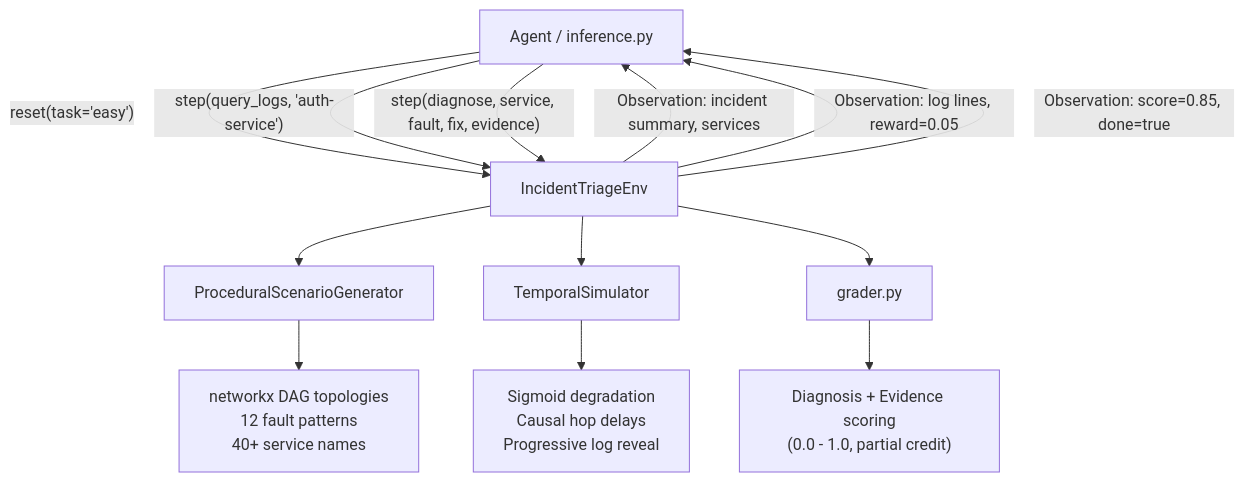
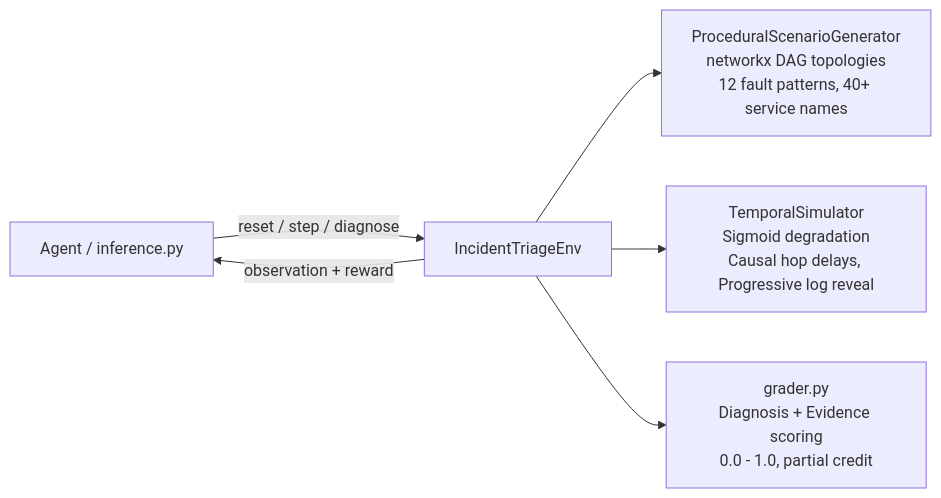
One commit to wildcraft958/incident_triage_env changed the first of 4 diagrams in README.md. Above: the diagram before and after it, drawn with Mermaid. The commit also changed other lines of this file and 1 other file, not shown here.

First line of the commit message:
Fix remaining Mermaid render failures on GitHub

````diff
--- a/README.md
+++ b/README.md
@@ -36,16 +36,8 @@
 ```mermaid
-graph TB
-    A[Agent / inference.py] -->|"reset(task='easy')"| B[IncidentTriageEnv]
-    B -->|"Observation: incident summary, services"| A
-    A -->|"step(query_logs, 'auth-service')"| B
-    B -->|"Observation: log lines, reward=0.05"| A
-    A -->|"step(diagnose, service, fault, fix, evidence)"| B
-    B -->|"Observation: score=0.85, done=true"| A
-
-    B --> C[ProceduralScenarioGenerator]
-    B --> D[TemporalSimulator]
-    B --> E[grader.py]
-    C --> F["networkx DAG topologies<br/>12 fault patterns<br/>40+ service names"]
-    D --> G["Sigmoid degradation<br/>Causal hop delays<br/>Progressive log reveal"]
-    E --> H["Diagnosis + Evidence scoring<br/>(0.0 - 1.0, partial credit)"]
+flowchart LR
+    A["Agent / inference.py"] -->|"reset / step / diagnose"| B["IncidentTriageEnv"]
+    B -->|"observation + reward"| A
+    B --> C["ProceduralScenarioGenerator<br/>networkx DAG topologies<br/>12 fault patterns, 40+ service names"]
+    B --> D["TemporalSimulator<br/>Sigmoid degradation<br/>Causal hop delays, Progressive log reveal"]
+    B --> E["grader.py<br/>Diagnosis + Evidence scoring<br/>0.0 - 1.0, partial credit"]
 ```
````
